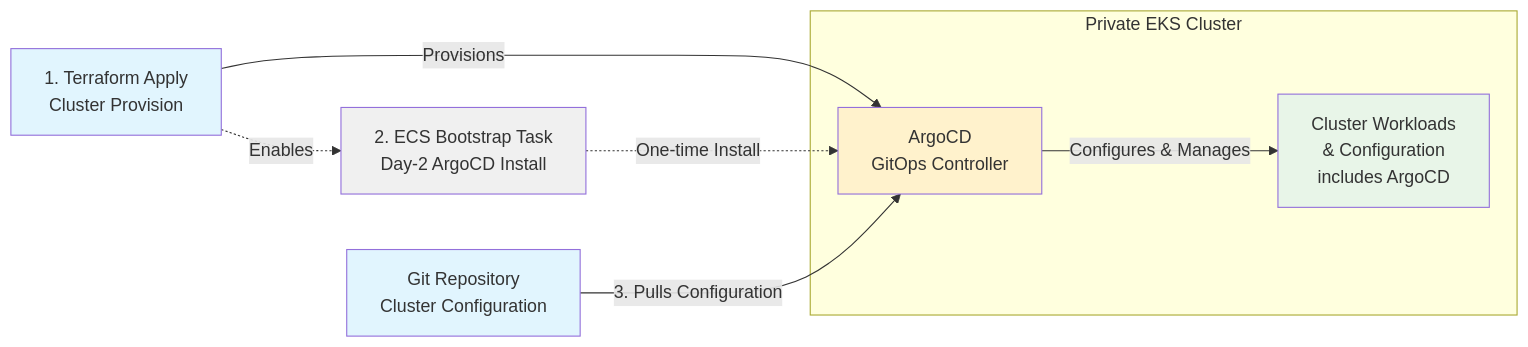
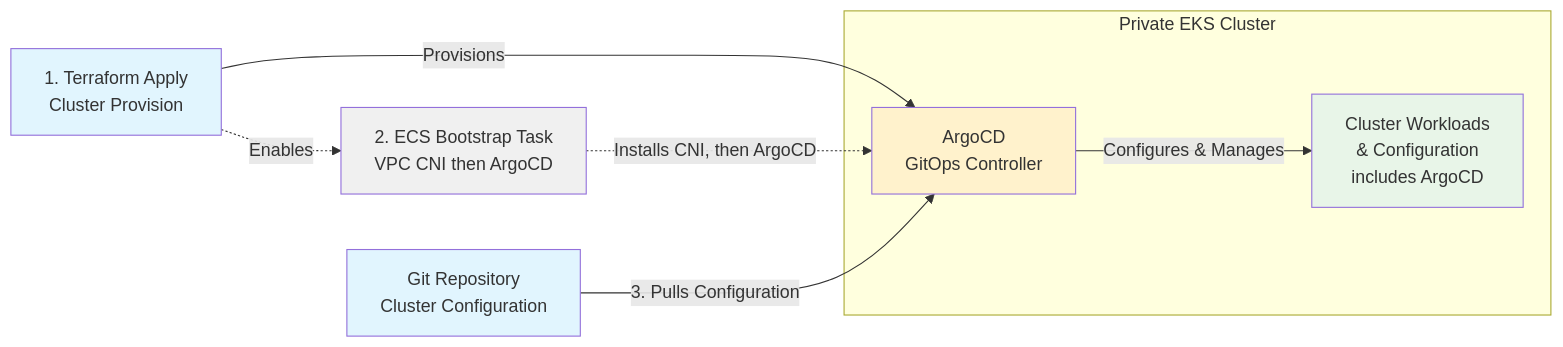
Before and after one commit to rosa-regional-platform-ci/rosa-hyperfleet: the diagram in docs/design/fully-private-eks-bootstrap.md, drawn with Mermaid. The commit also changed other lines of this file and 13 other files, not shown here.

Commit message:
feat: bootstrap self-managed VPC CNI before ArgoCD

````diff
--- a/docs/design/fully-private-eks-bootstrap.md
+++ b/docs/design/fully-private-eks-bootstrap.md
@@ -59,23 +59,23 @@
 ```mermaid
 graph LR
     TF[1. Terraform Apply<br/>Cluster Provision]
-    ECS[2. ECS Bootstrap Task<br/>Day-2 ArgoCD Install]
+    ECS[2. ECS Bootstrap Task<br/>VPC CNI then ArgoCD]
     Git[Git Repository<br/>Cluster Configuration]
 
     subgraph "Private EKS Cluster"
         ArgoCD[ArgoCD<br/>GitOps Controller]
         Workloads[Cluster Workloads<br/>& Configuration<br/>includes ArgoCD]
     end
 
     TF -->|Provisions| ArgoCD
     TF -.->|Enables| ECS
-    ECS -.->|One-time Install| ArgoCD
+    ECS -.->|Installs CNI, then ArgoCD| ArgoCD
     Git -->|3. Pulls Configuration| ArgoCD
     ArgoCD -->|Configures & Manages| Workloads
 
     style TF fill:#e1f5fe
     style ArgoCD fill:#fff2cc
     style ECS fill:#f0f0f0
     style Workloads fill:#e8f5e8
     style Git fill:#e1f5fe
 ```
````
